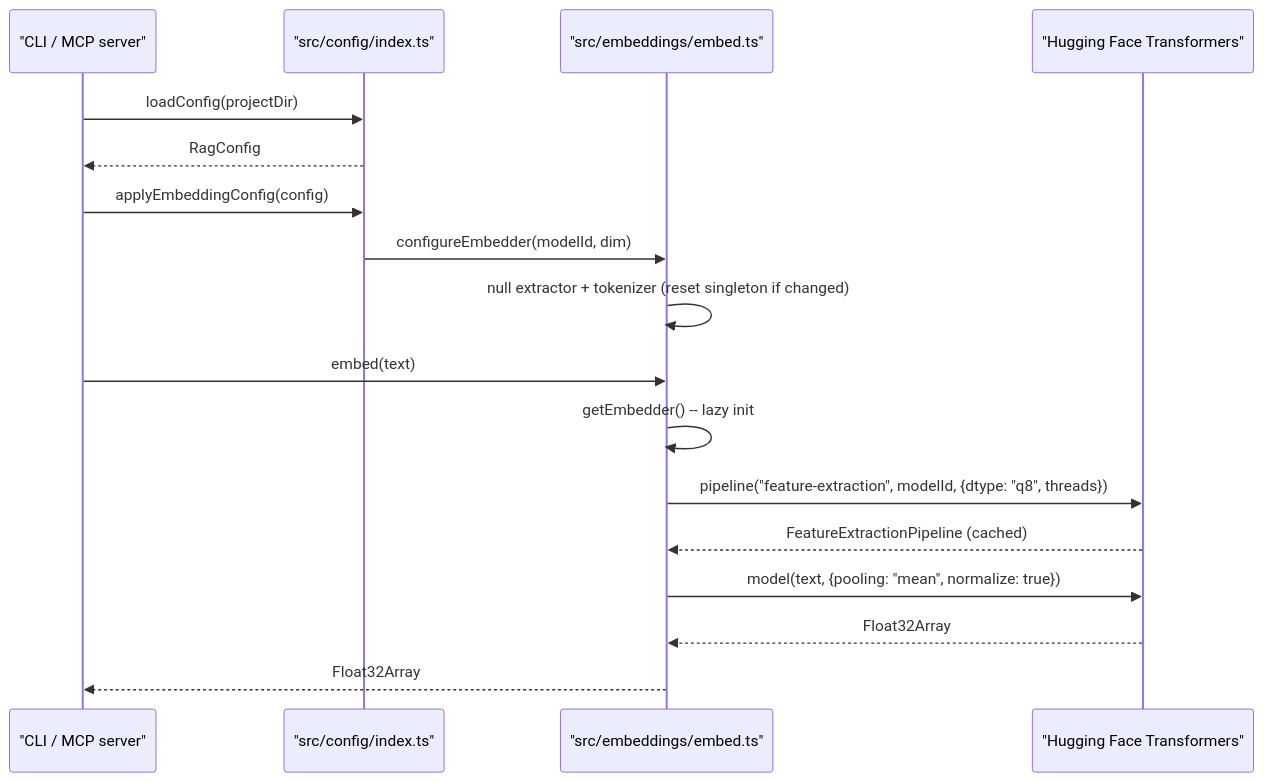
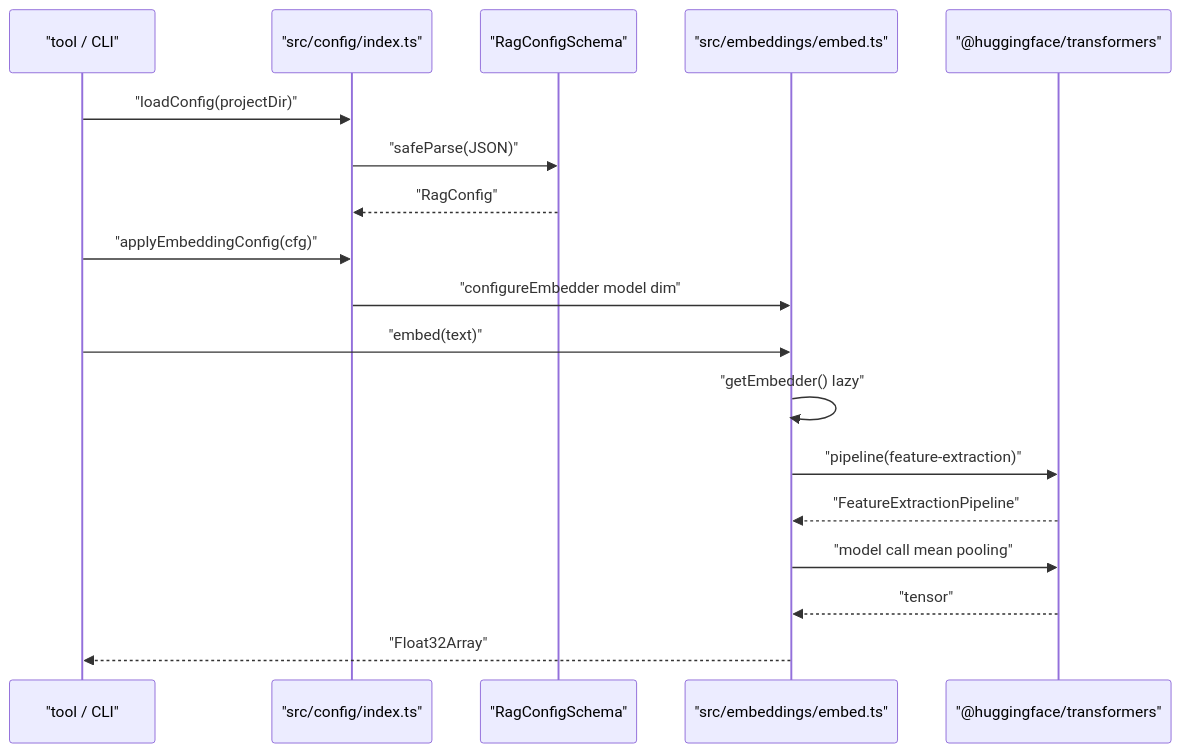
The first of 2 diagrams in wiki/communities/config-embeddings.md (TheWinci/mimirs), drawn with Mermaid before and after one commit. The commit also changed other lines of this file and 36 other files, not shown here.

````diff
--- a/wiki/communities/config-embeddings.md
+++ b/wiki/communities/config-embeddings.md
@@ -11,22 +11,21 @@
 ```mermaid
 sequenceDiagram
-    participant CLI as "CLI / MCP server"
-    participant config as "src/config/index.ts"
-    participant embed as "src/embeddings/embed.ts"
-    participant hf as "Hugging Face Transformers"
+  participant caller as "tool / CLI"
+  participant config as "src/config/index.ts"
+  participant zod as "RagConfigSchema"
+  participant embedMod as "src/embeddings/embed.ts"
+  participant hf as "@huggingface/transformers"
 
-    CLI->>config: loadConfig(projectDir)
-    config-->>CLI: RagConfig
-
-    CLI->>config: applyEmbeddingConfig(config)
-    config->>embed: configureEmbedder(modelId, dim)
-    embed->>embed: null extractor + tokenizer (reset singleton if changed)
-
-    CLI->>embed: embed(text)
-    embed->>embed: getEmbedder() -- lazy init
-    embed->>hf: pipeline("feature-extraction", modelId, {dtype: "q8", threads})
-    hf-->>embed: FeatureExtractionPipeline (cached)
-    embed->>hf: model(text, {pooling: "mean", normalize: true})
-    hf-->>embed: Float32Array
-    embed-->>CLI: Float32Array
+  caller->>config: "loadConfig(projectDir)"
+  config->>zod: "safeParse(JSON)"
+  zod-->>config: "RagConfig"
+  caller->>config: "applyEmbeddingConfig(cfg)"
+  config->>embedMod: "configureEmbedder model dim"
+  caller->>embedMod: "embed(text)"
+  embedMod->>embedMod: "getEmbedder() lazy"
+  embedMod->>hf: "pipeline(feature-extraction)"
+  hf-->>embedMod: "FeatureExtractionPipeline"
+  embedMod->>hf: "model call mean pooling"
+  hf-->>embedMod: "tensor"
+  embedMod-->>caller: "Float32Array"
 ```
````
